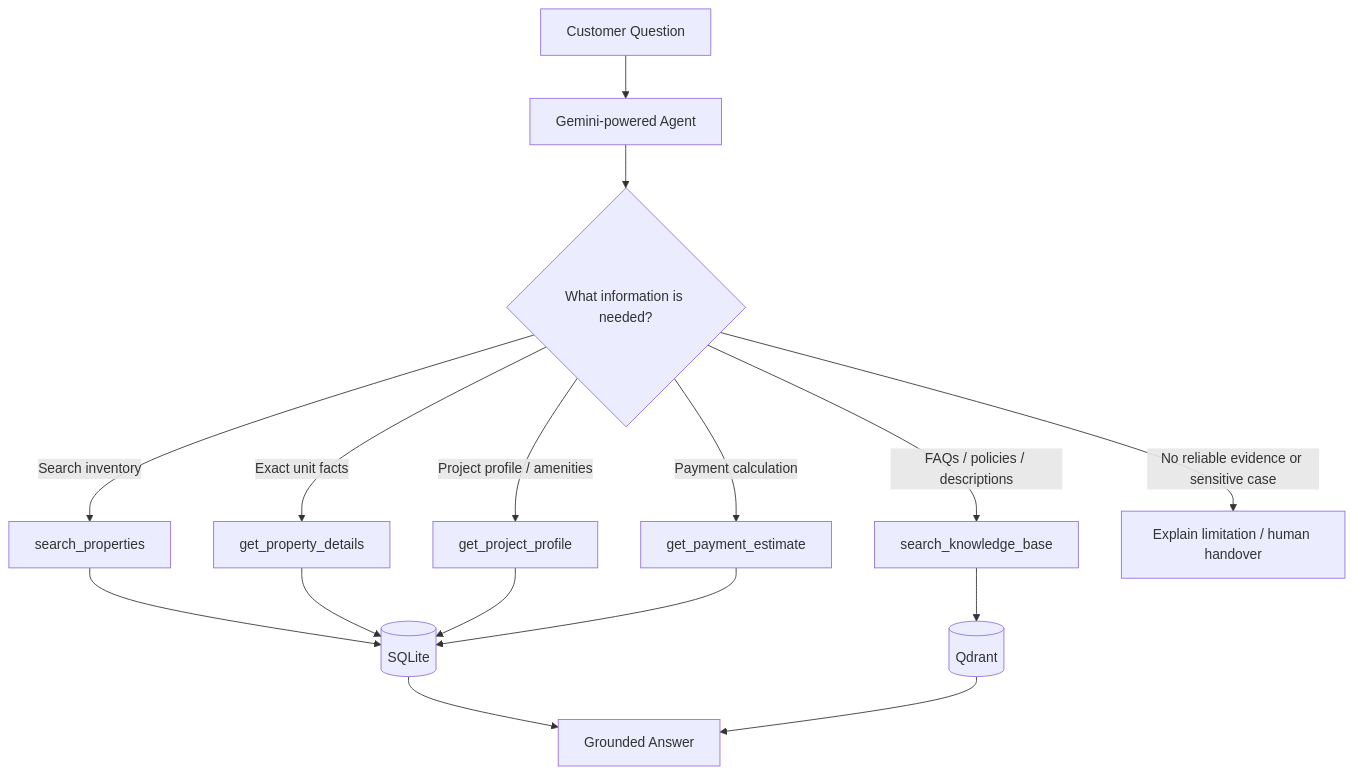
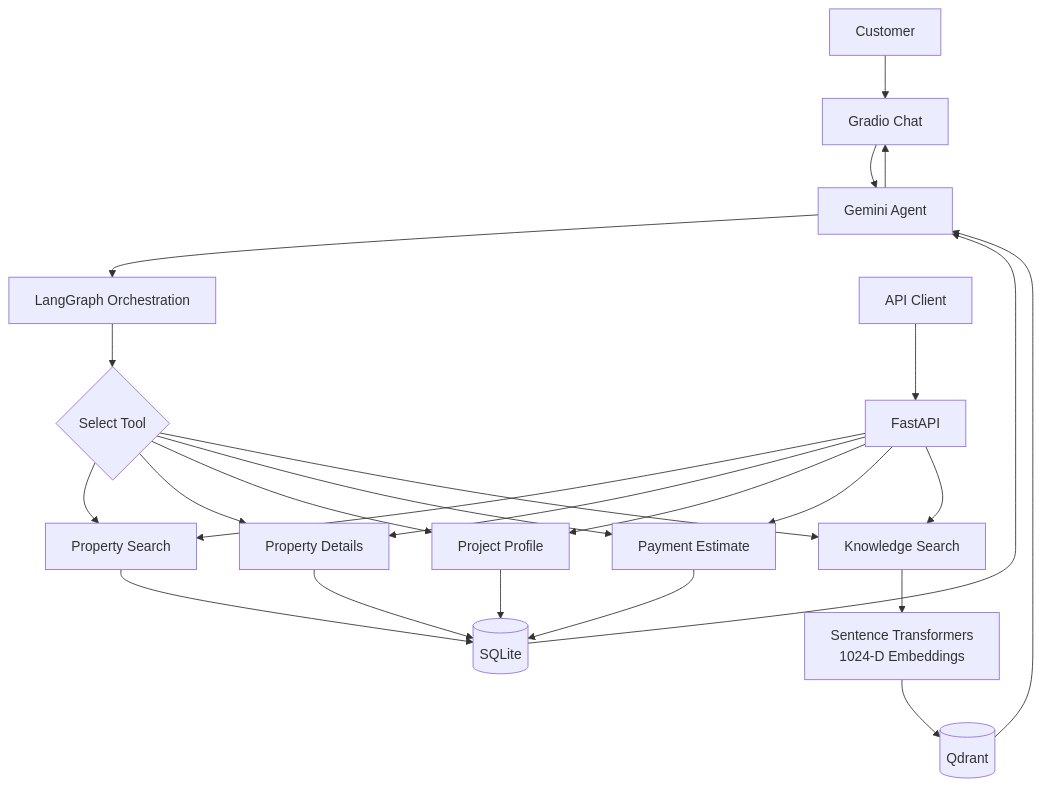
The diagram in README.md (Mahmoud-Rafaat135/Real_Estate_GenAI_Agent), drawn with Mermaid before and after one commit. The commit also changed other lines of this file, not shown here.

````diff
--- a/README.md
+++ b/README.md
@@ -165,25 +14,32 @@
 ```mermaid
 flowchart TD
-    Q[Customer Question]
-    A[Gemini-powered Agent]
-    D{What information is needed?}
-    P[search_properties]
-    PD[get_property_details]
-    PR[get_project_profile]
-    PAY[get_payment_estimate]
-    KB[search_knowledge_base]
-    DB[(SQLite)]
-    VDB[(Qdrant)]
-    R[Grounded Answer]
-    H[Explain limitation / human handover]
+    U[Customer] --> UI[Gradio Chat]
+    UI --> A[Gemini Agent]
+    A --> G[LangGraph Orchestration]
+    G --> T{Select Tool}
 
-    Q --> A --> D
-    D -->|Search inventory| P --> DB
-    D -->|Exact unit facts| PD --> DB
-    D -->|Project profile / amenities| PR --> DB
-    D -->|Payment calculation| PAY --> DB
-    D -->|FAQs / policies / descriptions| KB --> VDB
-    DB --> R
-    VDB --> R
-    D -->|No reliable evidence or sensitive case| H
+    T --> S1[Property Search]
+    T --> S2[Property Details]
+    T --> S3[Project Profile]
+    T --> S4[Payment Estimate]
+    T --> R[Knowledge Search]
+
+    S1 --> DB[(SQLite)]
+    S2 --> DB
+    S3 --> DB
+    S4 --> DB
+
+    R --> E[Sentence Transformers<br/>1024-D Embeddings]
+    E --> Q[(Qdrant)]
+
+    DB --> A
+    Q --> A
+    A --> UI
+
+    C[API Client] --> F[FastAPI]
+    F --> S1
+    F --> S2
+    F --> S3
+    F --> S4
+    F --> R
 ```
````
